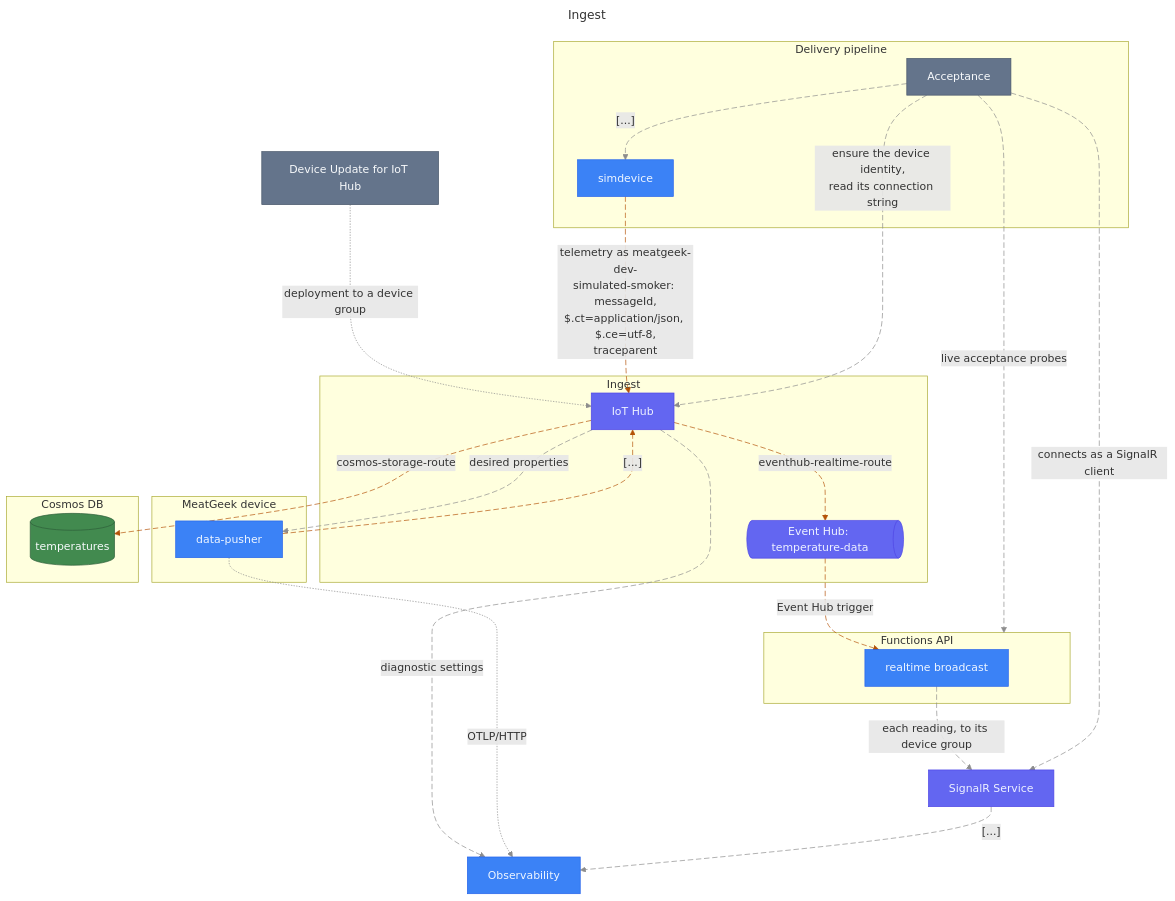
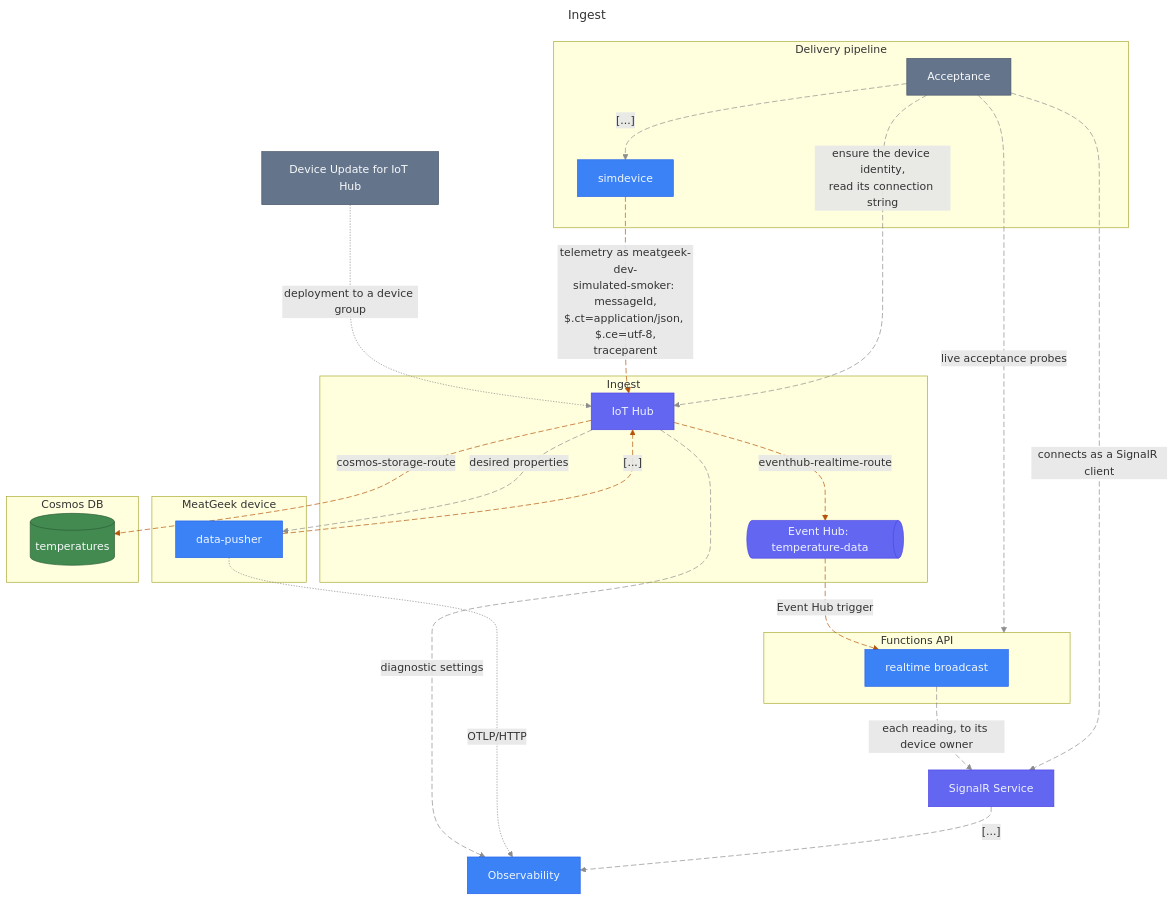
One commit to stevebargelt/meatgeekv2 changed the seventh of 16 diagrams in docs/architecture/diagrams.md. Above: the diagram before and after it, drawn with Mermaid. The commit also changed other lines of this file and 29 other files, not shown here.

````diff
--- a/docs/architecture/diagrams.md
+++ b/docs/architecture/diagrams.md
@@ -551,58 +547,58 @@
 ```mermaid
 ---
 title: "Ingest"
 ---
 graph TB
   MeatgeekCloudDeviceupdate@{ shape: rectangle, label: "Device Update for IoT Hub" }
   subgraph Delivery["`Delivery pipeline`"]
     Delivery.Acceptance@{ shape: rectangle, label: "Acceptance" }
     Delivery.Simdevice@{ shape: rectangle, label: "simdevice" }
   end
   subgraph MeatgeekCloudIngest["`Ingest`"]
     MeatgeekCloudIngest.Iothub@{ shape: rectangle, label: "IoT Hub" }
     MeatgeekCloudIngest.Eventhub@{ shape: horizontal-cylinder, label: "Event Hub: temperature-data" }
   end
   subgraph MeatgeekEdge["`MeatGeek device`"]
     MeatgeekEdge.Pusher@{ shape: rectangle, label: "data-pusher" }
   end
   subgraph MeatgeekCloudData["`Cosmos DB`"]
     MeatgeekCloudData.Temperatures@{ shape: cylinder, label: "temperatures" }
   end
   subgraph MeatgeekCloudApi["`Functions API`"]
     MeatgeekCloudApi.Broadcast@{ shape: rectangle, label: "realtime broadcast" }
   end
   MeatgeekCloudRealtime@{ shape: rectangle, label: "SignalR Service" }
   MeatgeekCloudObservability@{ shape: rectangle, label: "Observability" }
   MeatgeekCloudDeviceupdate -. "`deployment to a device group`" .-> MeatgeekCloudIngest.Iothub
   MeatgeekCloudIngest.Iothub -. "`eventhub-realtime-route`" .-> MeatgeekCloudIngest.Eventhub
   MeatgeekCloudIngest.Iothub -. "`diagnostic settings`" .-> MeatgeekCloudObservability
   MeatgeekCloudIngest.Iothub -. "`desired properties`" .-> MeatgeekEdge.Pusher
   MeatgeekEdge.Pusher -. "`[...]`" .-> MeatgeekCloudIngest.Iothub
   MeatgeekEdge.Pusher -. "`OTLP/HTTP`" .-> MeatgeekCloudObservability
   MeatgeekCloudIngest.Iothub -. "`cosmos-storage-route`" .-> MeatgeekCloudData.Temperatures
   MeatgeekCloudIngest.Eventhub -. "`Event Hub trigger`" .-> MeatgeekCloudApi.Broadcast
-  MeatgeekCloudApi.Broadcast -. "`each reading, to its device group`" .-> MeatgeekCloudRealtime
+  MeatgeekCloudApi.Broadcast -. "`each reading, to its device owner`" .-> MeatgeekCloudRealtime
   MeatgeekCloudRealtime -. "`[...]`" .-> MeatgeekCloudObservability
   Delivery.Simdevice -. "`telemetry as meatgeek-dev-
 simulated-smoker: messageId,
 $.ct=application/json, $.ce=utf-8,
 traceparent`" .-> MeatgeekCloudIngest.Iothub
   Delivery.Acceptance -. "`ensure the device identity,
 read its connection string`" .-> MeatgeekCloudIngest.Iothub
   Delivery.Acceptance -. "`connects as a SignalR client`" .-> MeatgeekCloudRealtime
   Delivery.Acceptance -. "`[...]`" .-> Delivery.Simdevice
   Delivery.Acceptance -. "`live acceptance probes`" .-> MeatgeekCloudApi
   classDef muted fill:#64748b,stroke:#475569,color:#f8fafc
   class MeatgeekCloudDeviceupdate muted
   classDef slate fill:#64748b,stroke:#475569,color:#f8fafc
   class Delivery.Acceptance slate
   classDef primary fill:#3b82f6,stroke:#2563eb,color:#eff6ff
   class Delivery.Simdevice,MeatgeekEdge.Pusher,MeatgeekCloudApi.Broadcast,MeatgeekCloudObservability primary
   classDef indigo fill:#6366f1,stroke:#4f46e5,color:#eef2ff
   class MeatgeekCloudIngest.Iothub,MeatgeekCloudIngest.Eventhub,MeatgeekCloudRealtime indigo
   classDef green fill:#428a4f,stroke:#2d5d39,color:#f8fafc
   class MeatgeekCloudData.Temperatures green
   linkStyle 0,5 stroke:#8D8D8D
   linkStyle 1,4,6,7,10 stroke:#b45309,stroke-dasharray:8 4
   linkStyle 2,3,8,9,11,12,13,14 stroke:#8D8D8D,stroke-dasharray:8 4
 ```
````
